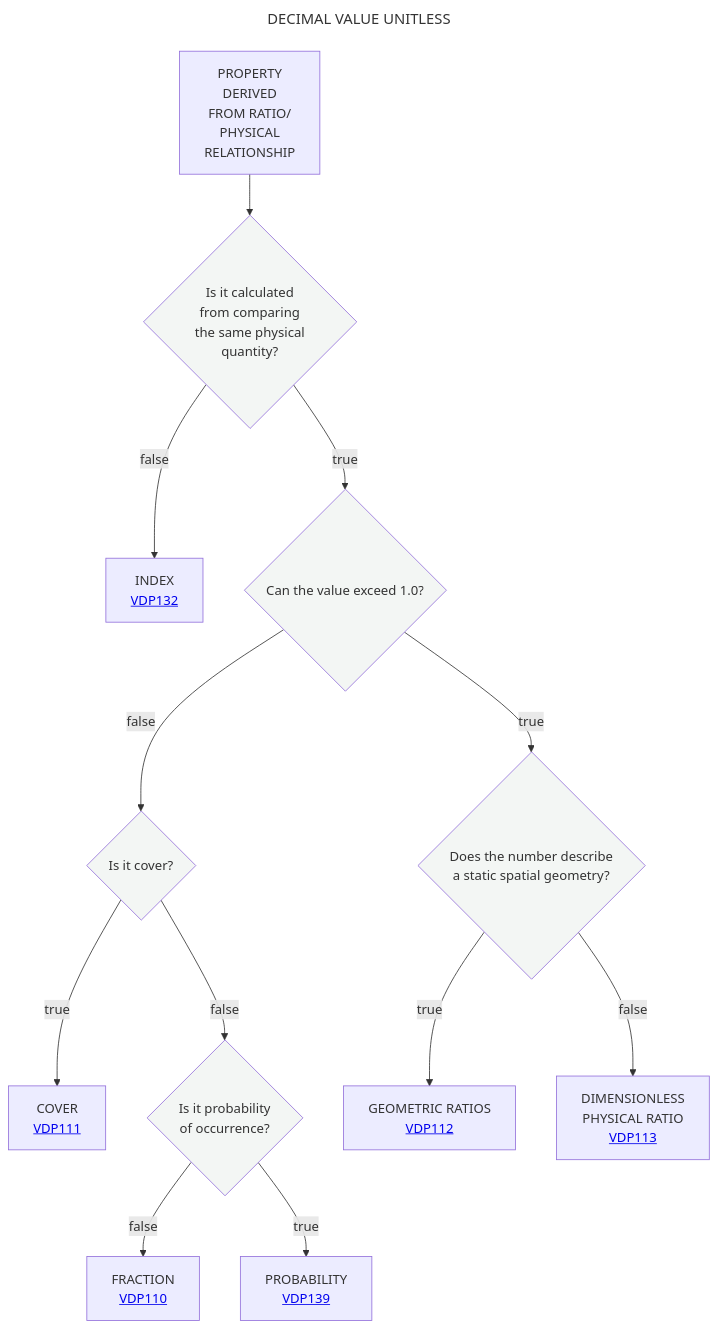
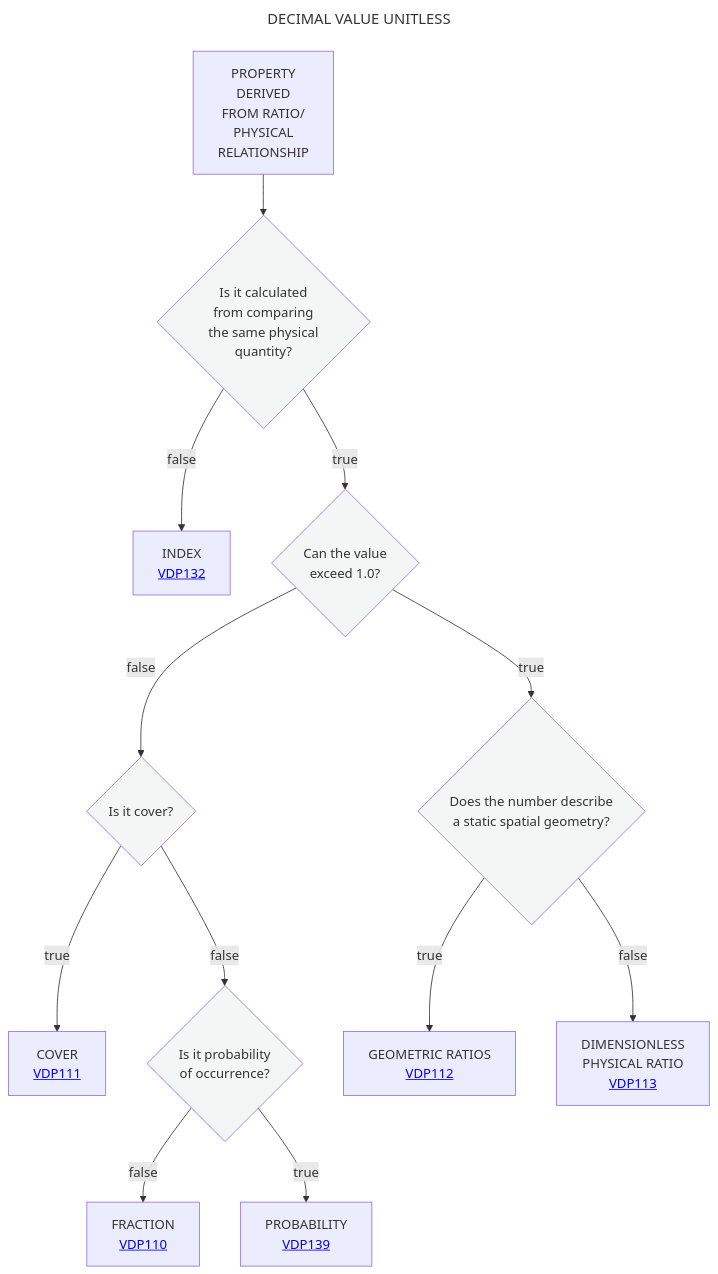
One commit to mabablue/I-ADOPT-patterns-playground changed the diagram in Decisition_trees/DT1.mmd. Above: the diagram before and after it, drawn with Mermaid.

Commit message:
Update flowchart text for clarity

```diff
--- a/Decisition_trees/DT1.mmd
+++ b/Decisition_trees/DT1.mmd
@@ -1,19 +1,19 @@
 ---
 title: DECIMAL VALUE UNITLESS
 ---
 flowchart TD
     A[PROPERTY <br> DERIVED <br> FROM RATIO/<br>PHYSICAL <br> RELATIONSHIP] --> B{Is it calculated <br> from comparing <br> the same physical <br> quantity?}:::white
     B --> |false|C[INDEX <br> <a href='https://github.com/mabablue/I-ADOPT-patterns-playground/blob/main/pattern/VDP132.yaml'>VDP132</a>]
-    B --> |true|D{Can the value exceed 1.0?}:::white
+    B --> |true|D{Can the value <br> exceed 1.0?}:::white
     D --> |false|E{Is it cover?}:::white
     D --> |true|L{Does the number describe <br> a static spatial geometry?}:::white
     E --> |true|G[COVER <br> <a href='https://github.com/mabablue/I-ADOPT-patterns-playground/blob/main/pattern/VDP111.yaml'>VDP111</a>]
     E --> |false|H{Is it probability <br> of occurrence?}:::white
     H --> |false|I[FRACTION <br> <a href='https://github.com/mabablue/I-ADOPT-patterns-playground/blob/main/pattern/VDP110.yaml'>VDP110</a>]
     H --> |true|J[PROBABILITY <br> <a href='https://github.com/mabablue/I-ADOPT-patterns-playground/blob/main/pattern/VDP139.yaml'>VDP139</a>]
     L --> |true|M[GEOMETRIC RATIOS <br> <a href='https://github.com/mabablue/I-ADOPT-patterns-playground/blob/main/pattern/VDP112.yaml'>VDP112</a>] 
     L --> |false|N[DIMENSIONLESS <br> PHYSICAL RATIO <br> <a href='https://github.com/mabablue/I-ADOPT-patterns-playground/blob/main/pattern/VDP113.yaml'>VDP113</a>]
    classDef blue fill:#90D5FF
    classDef satblue fill:#57B9FF 
    classDef white fill:#f3f6f4
    classDef green fill:#6aa84f
```
